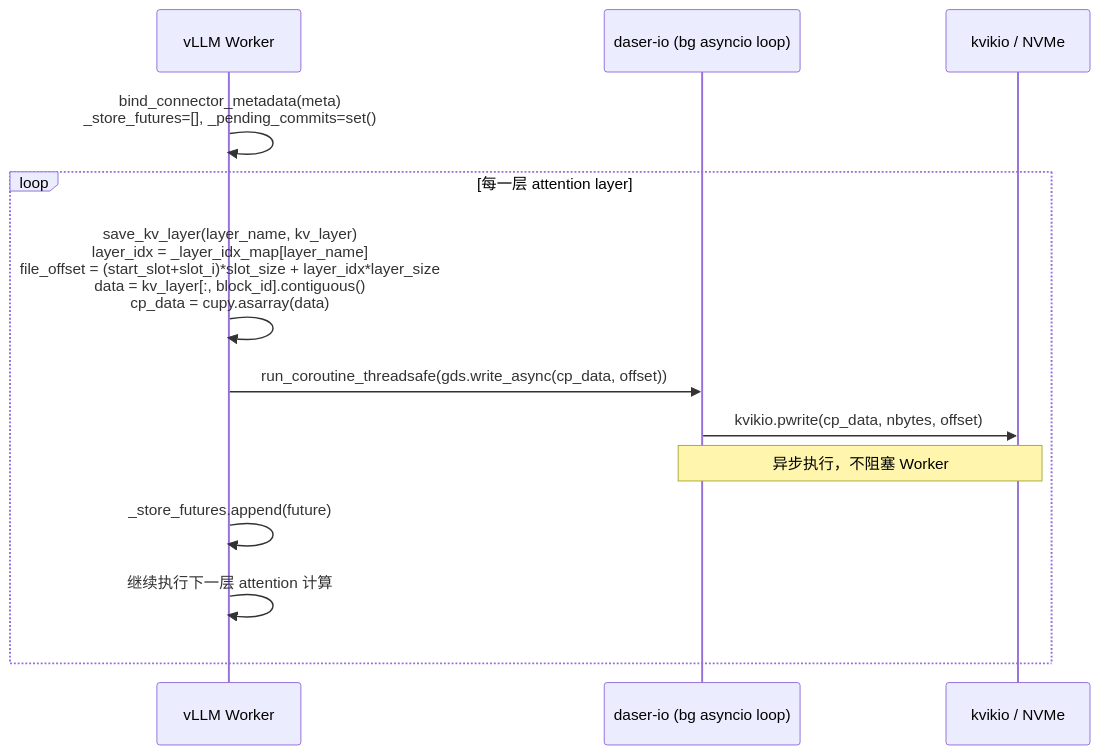
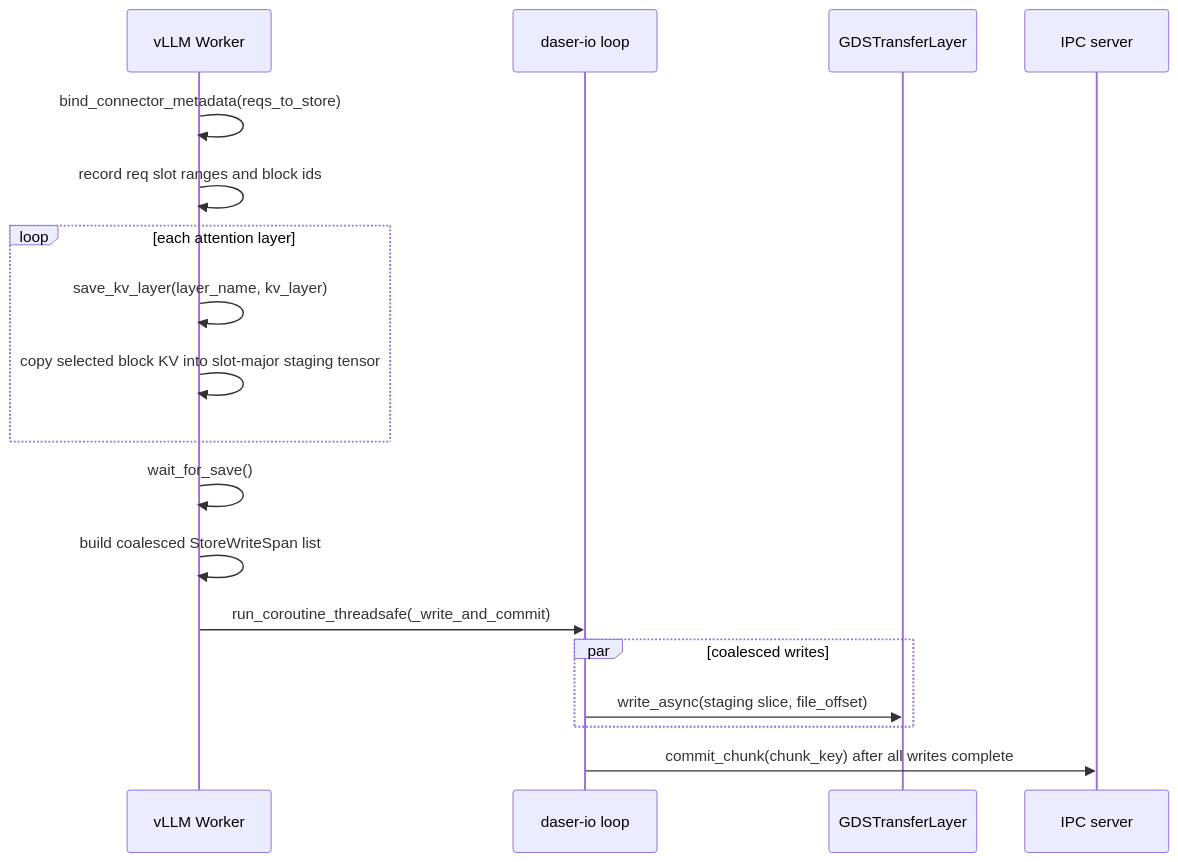
Before and after one commit to GentleCold/DaseR: the fourth of 8 diagrams in docs/design/flows.md, drawn with Mermaid. The commit also changed other lines of this file and 53 other files, not shown here.

First line of the commit message:
refactor(server): align server layout and connector startup (#41)

````diff
--- a/docs/design/flows.md
+++ b/docs/design/flows.md
@@ -36,17 +102,21 @@
 ```mermaid
 sequenceDiagram
     participant W as vLLM Worker
-    participant BG as daser-io (bg asyncio loop)
-    participant KV as kvikio / NVMe
+    participant BG as daser-io loop
+    participant GDS as GDSTransferLayer
+    participant IPC as IPC server
 
-    W->>W: bind_connector_metadata(meta)<br/>_store_futures=[], _pending_commits=set()
-
-    loop 每一层 attention layer
-        W->>W: save_kv_layer(layer_name, kv_layer)<br/>layer_idx = _layer_idx_map[layer_name]<br/>file_offset = (start_slot+slot_i)*slot_size + layer_idx*layer_size<br/>data = kv_layer[:, block_id].contiguous()<br/>cp_data = cupy.asarray(data)
-        W->>BG: run_coroutine_threadsafe(gds.write_async(cp_data, offset))
-        BG->>KV: kvikio.pwrite(cp_data, nbytes, offset)
-        Note over BG,KV: 异步执行，不阻塞 Worker
-        W->>W: _store_futures.append(future)
-        W->>W: 继续执行下一层 attention 计算
+    W->>W: bind_connector_metadata(reqs_to_store)
+    W->>W: record req slot ranges and block ids
+    loop each attention layer
+        W->>W: save_kv_layer(layer_name, kv_layer)
+        W->>W: copy selected block KV into slot-major staging tensor
     end
+    W->>W: wait_for_save()
+    W->>W: build coalesced StoreWriteSpan list
+    W->>BG: run_coroutine_threadsafe(_write_and_commit)
+    par coalesced writes
+        BG->>GDS: write_async(staging slice, file_offset)
+    end
+    BG->>IPC: commit_chunk(chunk_key) after all writes complete
 ```
````
